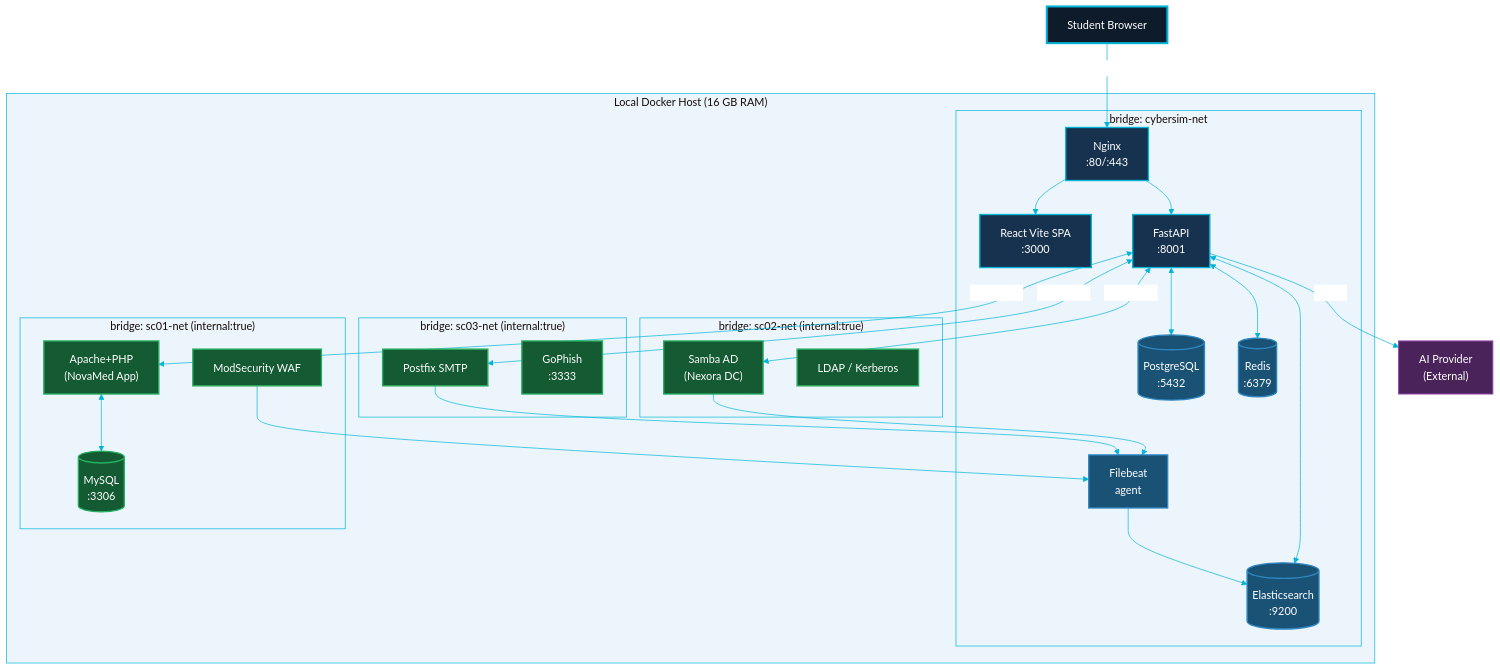
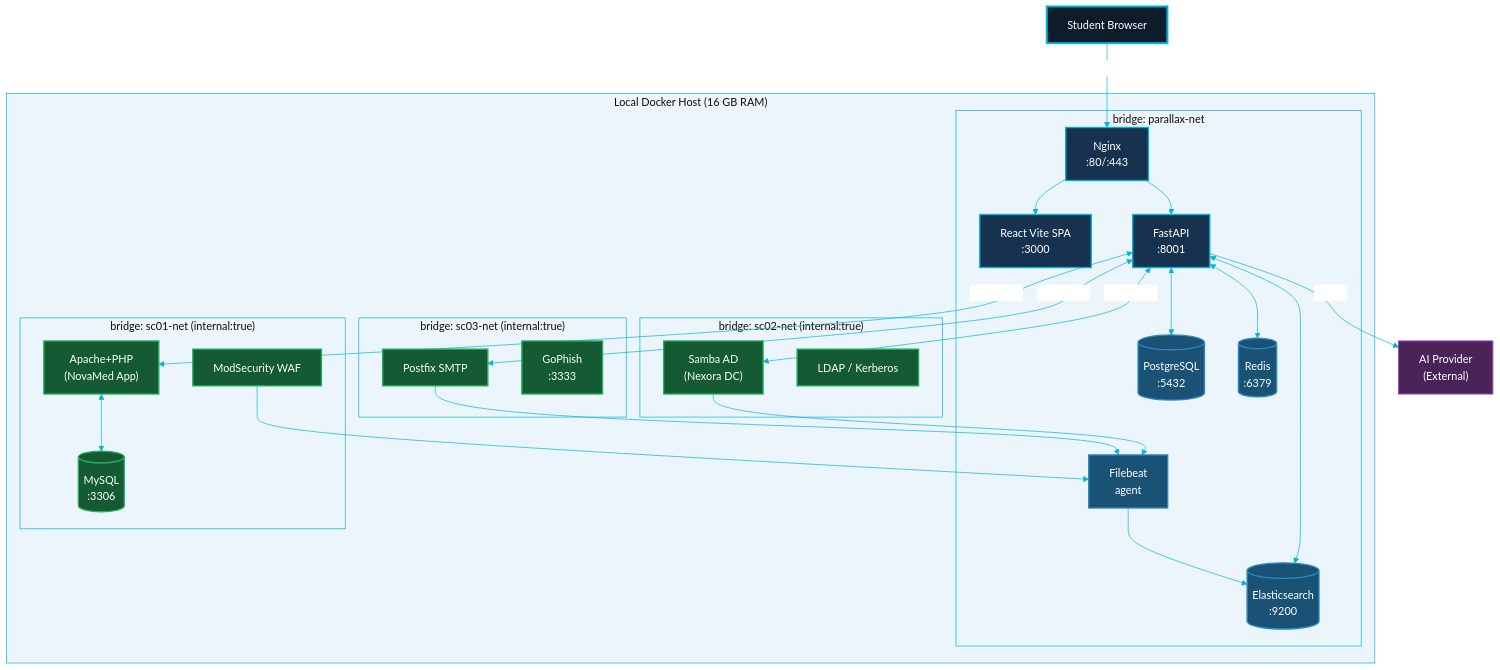
The diagram in docs/final-report/diagrams/source/deployment-architecture.mmd (VinsmokeD/JUTerminal1), drawn with Mermaid before and after one commit. The commit also changed 228 other files, not shown here.

```diff
--- a/docs/final-report/diagrams/source/deployment-architecture.mmd
+++ b/docs/final-report/diagrams/source/deployment-architecture.mmd
@@ -1,55 +1,55 @@
 %%{init: {'theme': 'base', 'themeVariables': {'primaryColor': '#0D1B2A', 'primaryTextColor': '#FFFFFF', 'primaryBorderColor': '#00B4D8', 'lineColor': '#00B4D8', 'secondaryColor': '#17324E', 'tertiaryColor': '#E8F4F8', 'clusterBkg': '#EBF5FB', 'clusterBorder': '#00B4D8', 'edgeLabelBackground': '#FFFFFF', 'fontFamily': 'Segoe UI, Arial'}}}%%
 flowchart TB
     classDef host fill:#0D1B2A,stroke:#00B4D8,stroke-width:3px,color:#FFFFFF
     classDef core fill:#17324E,stroke:#00B4D8,stroke-width:2px,color:#FFFFFF
     classDef scenario fill:#145A32,stroke:#27AE60,stroke-width:2px,color:#FFFFFF
     classDef net fill:#4A235A,stroke:#8E44AD,stroke-width:1.5px,color:#FFFFFF
     classDef storage fill:#1A5276,stroke:#2E86C1,stroke-width:2px,color:#FFFFFF
 
     subgraph HOST["  Local Docker Host (16 GB RAM)  "]
-        subgraph CORE_NET["  bridge: cybersim-net  "]
+        subgraph CORE_NET["  bridge: parallax-net  "]
             NGX["Nginx\n:80/:443"]
             FE["React Vite SPA\n:3000"]
             BE["FastAPI\n:8001"]
             PG[("PostgreSQL\n:5432")]
             RD[("Redis\n:6379")]
             ES[("Elasticsearch\n:9200")]
             KB["Filebeat\nagent"]
         end
 
         subgraph SC01_NET["  bridge: sc01-net (internal:true)  "]
             SC01_WEB["Apache+PHP\n(NovaMed App)"]
             SC01_DB[("MySQL\n:3306")]
             SC01_WAF["ModSecurity WAF"]
         end
 
         subgraph SC02_NET["  bridge: sc02-net (internal:true)  "]
             SC02_DC["Samba AD\n(Nexora DC)"]
             SC02_LDAP["LDAP / Kerberos"]
         end
 
         subgraph SC03_NET["  bridge: sc03-net (internal:true)  "]
             SC03_SMTP["Postfix SMTP"]
             SC03_PHISH["GoPhish\n:3333"]
         end
     end
 
     BROWSER["Student Browser"]
     AI_EXT["AI Provider\n(External)"]
 
     BROWSER -->|"HTTP/WS :80"| NGX
     NGX --> FE & BE
     BE <--> PG & RD & ES
     BE <-->|"Docker API"| SC01_WEB & SC02_DC & SC03_SMTP
     SC01_WAF --> KB
     SC02_DC --> KB
     SC03_SMTP --> KB
     KB --> ES
     BE -->|"HTTPS"| AI_EXT
     SC01_WEB <--> SC01_DB
 
     class NGX,FE,BE core
     class PG,RD,ES,KB storage
     class SC01_WEB,SC01_DB,SC01_WAF,SC02_DC,SC02_LDAP,SC03_SMTP,SC03_PHISH scenario
     class BROWSER host
     class AI_EXT net
```
